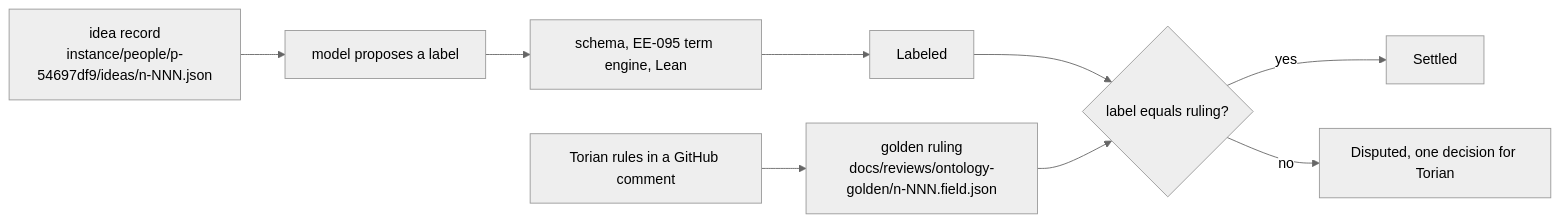
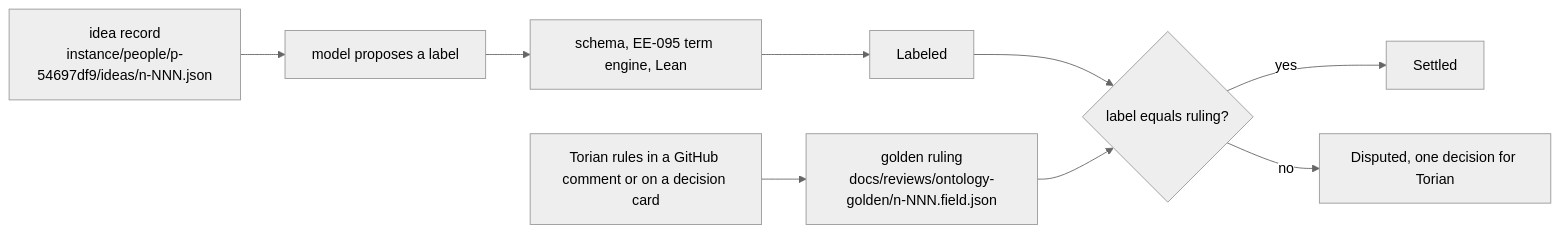
Before and after one commit to tchjhnsn/Mentura3: the diagram in reviews/ontology-golden/README.md, drawn with Mermaid (neutral theme). The commit also changed other lines of this file, not shown here.

First line of the commit message:
feat(ontology): a golden ruling may cite Torian's decision card (#234)

````diff
--- a/reviews/ontology-golden/README.md
+++ b/reviews/ontology-golden/README.md
@@ -40,14 +42,14 @@
 ```mermaid
 flowchart LR
   idea["idea record<br/>instance/people/p-54697df9/ideas/n-NNN.json"]
   model["model proposes a label"]
   gate["schema, EE-095 term engine, Lean"]
   label["Labeled"]
-  torian["Torian rules in a GitHub comment"]
+  torian["Torian rules in a GitHub comment or on a decision card"]
   ruling["golden ruling<br/>docs/reviews/ontology-golden/n-NNN.field.json"]
   compare{"label equals ruling?"}
   idea --> model --> gate --> label --> compare
   torian --> ruling --> compare
   compare -- yes --> settled["Settled"]
   compare -- no --> disputed["Disputed, one decision for Torian"]
 ```
````
